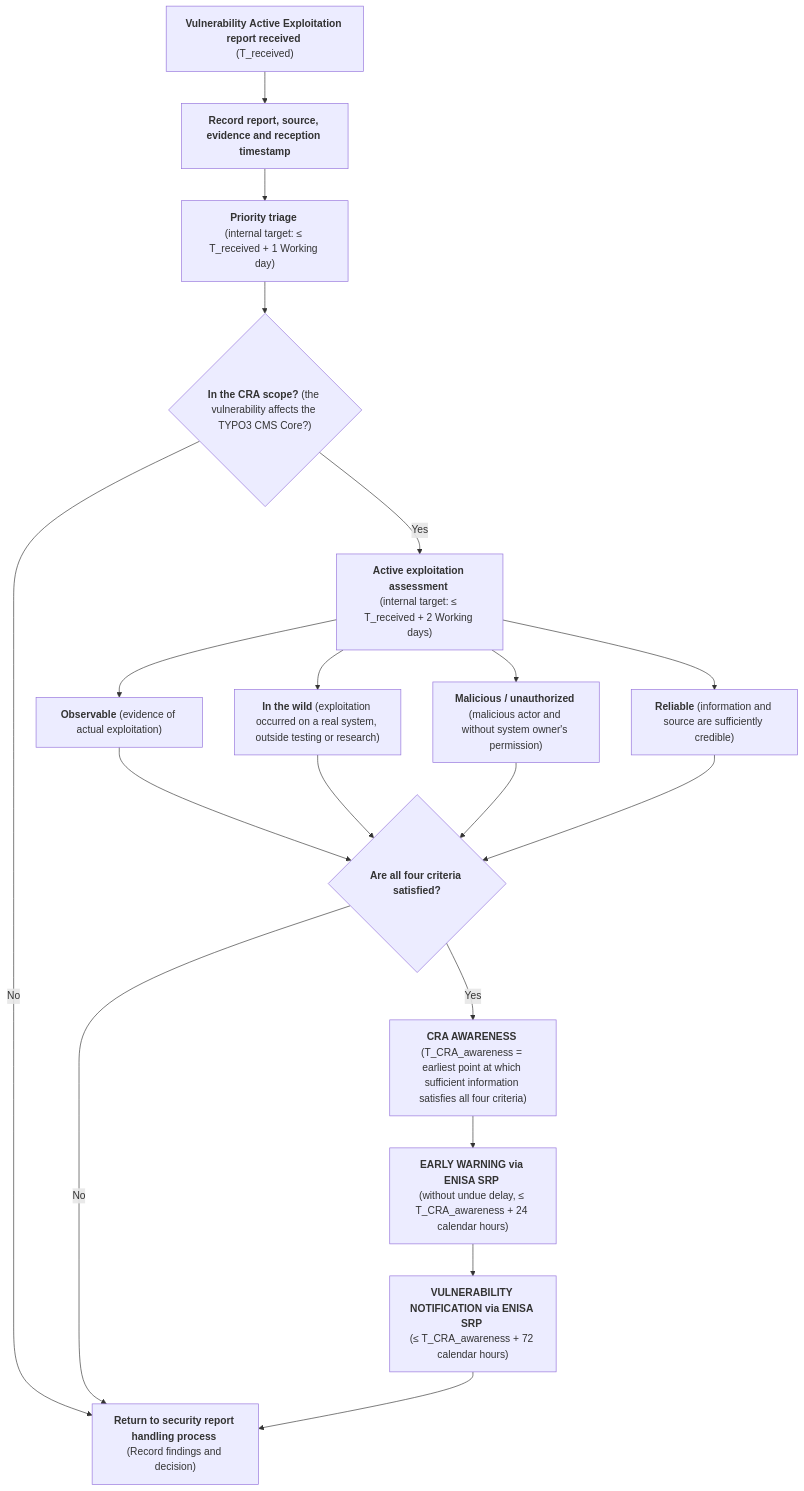
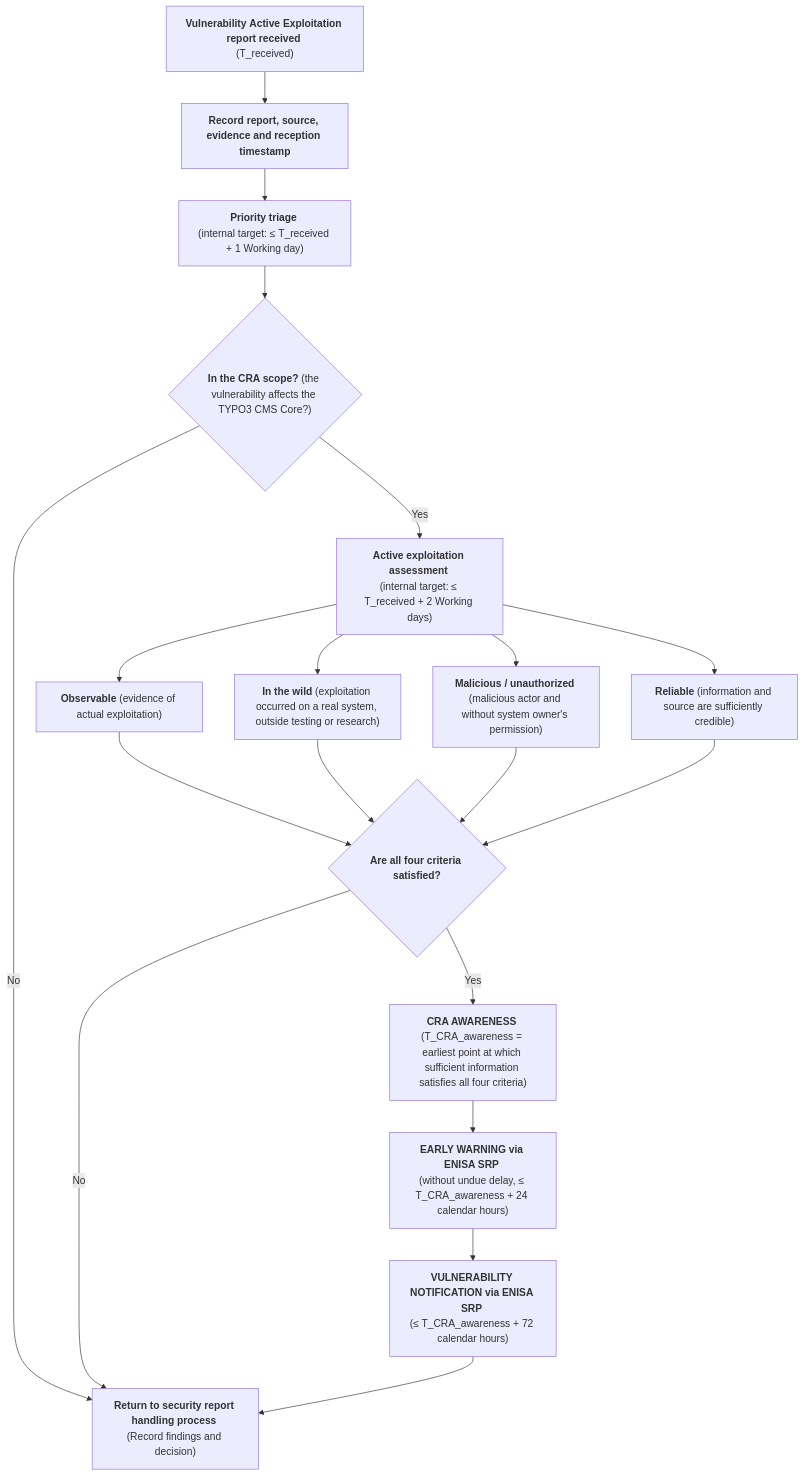
The diagram in templates/actively-exploited-vulnerability-process.md (rfoucard/cra-fast-track), drawn with Mermaid before and after one commit.

````diff
--- a/templates/actively-exploited-vulnerability-process.md
+++ b/templates/actively-exploited-vulnerability-process.md
@@ -15,32 +15,32 @@
 ```mermaid
 flowchart TD
 
-    A["<strong>Vulnerability&nbsp;Active&nbsp;Exploitation report received</strong> \n(T_received)"] --> B["<strong>Record report, source, evidence and reception timestamp</strong>"]
+    A["<strong>Vulnerability&nbsp;Active&nbsp;Exploitation report received</strong> \n(T_received)"] --> B["<strong>Record&nbsp;report,&nbsp;source, evidence and reception timestamp</strong>"]
 
-    B --> C["<strong>Priority triage</strong> \n(internal target: ≤ T_received + 1 Working day)"]
+    B --> C["<strong>Priority triage</strong> \n(internal&nbsp;target:&nbsp;≤&nbsp;T_received + 1 Working day)"]
 
     C --> D{"<strong>In the CRA scope?</strong> (the vulnerability affects the TYPO3 CMS Core?)"}
 
     D -- "No" --> X["<strong>Return to security report handling process</strong> \n(Record findings and decision)"]
 
     D -- "Yes" --> E["<strong>Active exploitation assessment</strong> \n(internal target: ≤ T_received + 2 Working days)"]
 
     E --> F["<strong>Observable</strong> (evidence of actual exploitation)"]
     E --> G["<strong>In the wild</strong> (exploitation occurred on a real system, outside testing or research)"]
     E --> H["<strong>Malicious / unauthorized</strong> (malicious actor and without system owner's permission)"]
     E --> I["<strong>Reliable</strong> (information and source are sufficiently credible)"]
 
     F --> J{"<strong>Are all four criteria satisfied?</strong>"}
     G --> J
     H --> J
     I --> J
 
     J -- "No" --> X
     J -- "Yes" --> L["<strong>CRA AWARENESS</strong> \n(T_CRA_awareness = earliest point at which sufficient information satisfies all four criteria)"]
 
     L --> M["<strong>EARLY WARNING via ENISA SRP</strong> \n(without undue delay, ≤ T_CRA_awareness + 24 calendar hours)"]
 
     M --> N["<strong>VULNERABILITY NOTIFICATION via ENISA SRP</strong> \n(≤ T_CRA_awareness + 72 calendar hours)"]
 
     N --> X
 ```
````
